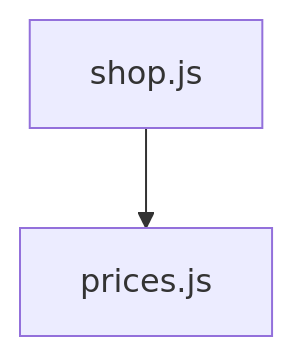
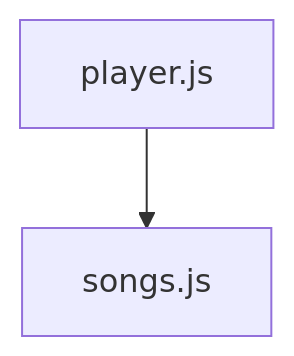
Before and after one commit to herringvoices/javaScriptGym: the first of 2 diagrams in src/handbook/standards/JS.MO.IMP/dependency-graph.mdx, drawn with Mermaid. The commit also changed other lines of this file and 18 other files, not shown here.

````diff
--- a/src/handbook/standards/JS.MO.IMP/dependency-graph.mdx
+++ b/src/handbook/standards/JS.MO.IMP/dependency-graph.mdx
@@ -58,4 +84,4 @@
 ```mermaid
 graph TD
-  Shop[shop.js] --> Prices[prices.js]
+  Player[player.js] --> Songs[songs.js]
 ```
````
